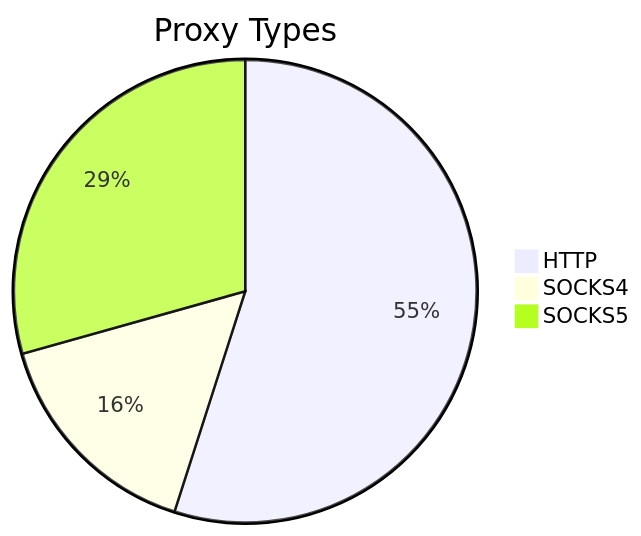
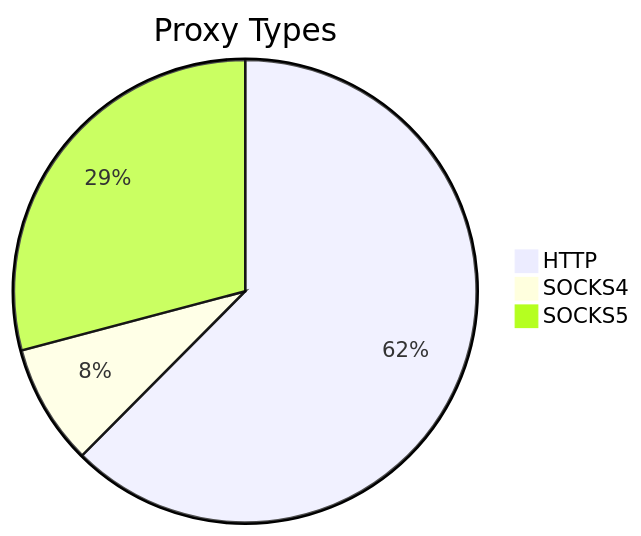
One commit to stormsia/proxy-list changed the first of 2 diagrams in README.md. Above: the diagram before and after it, drawn with Mermaid. The commit also changed other lines of this file, not shown here.

````diff
--- a/README.md
+++ b/README.md
@@ -21,6 +21,6 @@
 ```mermaid
 pie title Proxy Types
-    "HTTP" : 189
-    "SOCKS4" : 54
-    "SOCKS5" : 101
+    "HTTP" : 148
+    "SOCKS4" : 20
+    "SOCKS5" : 69
 ```
````
